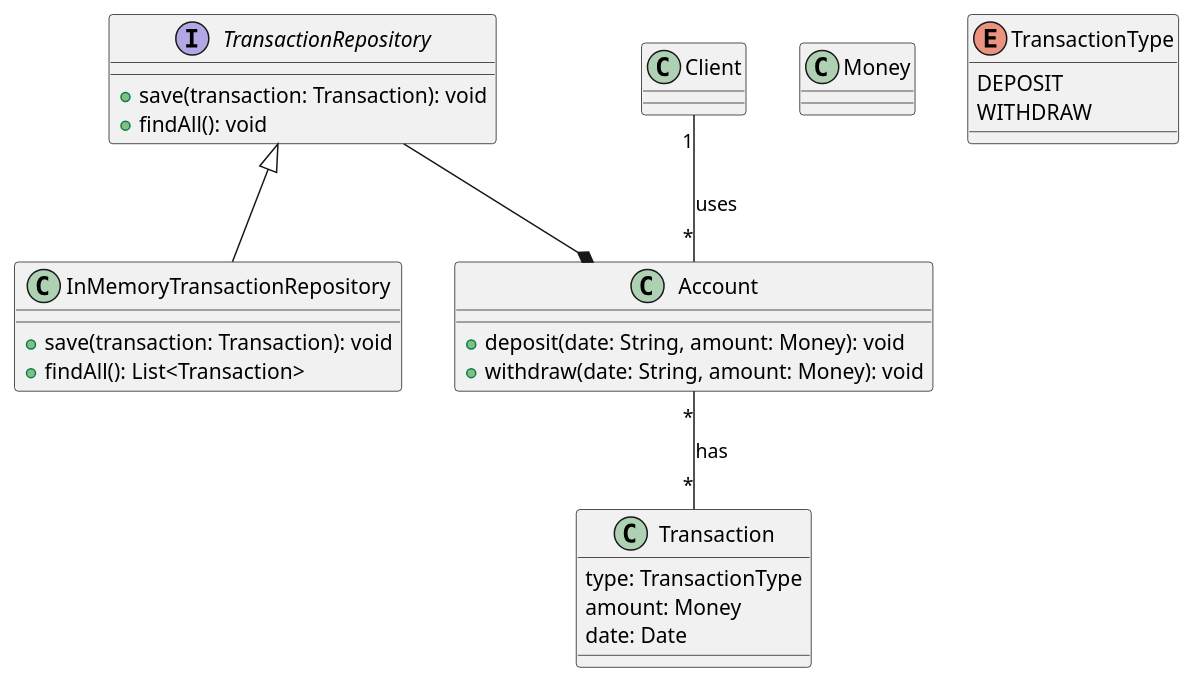
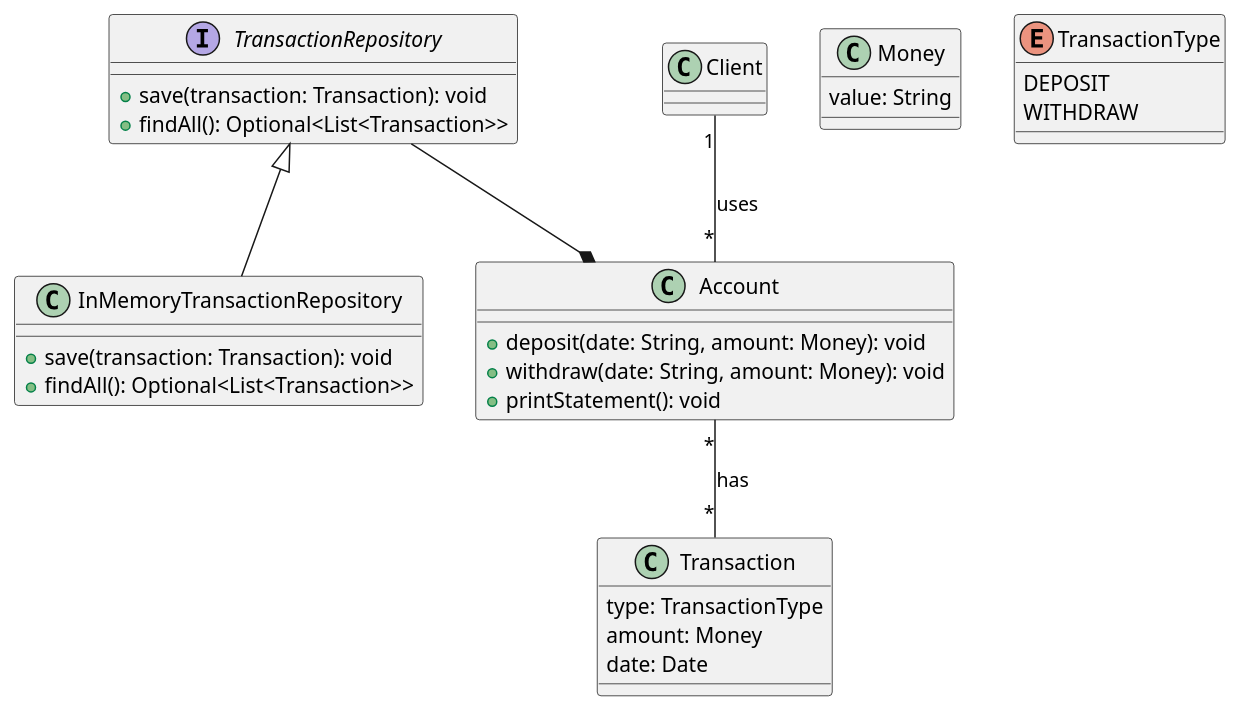
The diagram in katabank-modelisation.puml (bloomway/katabank), drawn with PlantUML before and after one commit.

```diff
--- a/katabank-modelisation.puml
+++ b/katabank-modelisation.puml
@@ -1,39 +1,42 @@
 @startuml
 'https://plantuml.com/class-diagram
 
 class Client
-class Money
+class Money {
+value: String
+}
 
 class Account {
 + deposit(date: String, amount: Money): void
 + withdraw(date: String, amount: Money): void
++ printStatement(): void
 }
 
 class Transaction {
 type: TransactionType
 amount: Money
 date: Date
 }
 
 enum TransactionType {
 DEPOSIT
 WITHDRAW
 }
 
 interface TransactionRepository {
 + save(transaction: Transaction): void
-+ findAll(): void
++ findAll(): Optional<List<Transaction>>
 }
 
 class InMemoryTransactionRepository {
 + save(transaction: Transaction): void
-+ findAll(): List<Transaction>
++ findAll(): Optional<List<Transaction>>
 }
 
 Client "1" -- "*" Account : uses
 Account "*" -- "*" Transaction: has
 Account *--up TransactionRepository
 
 TransactionRepository <|-- InMemoryTransactionRepository
 
 @enduml
```
